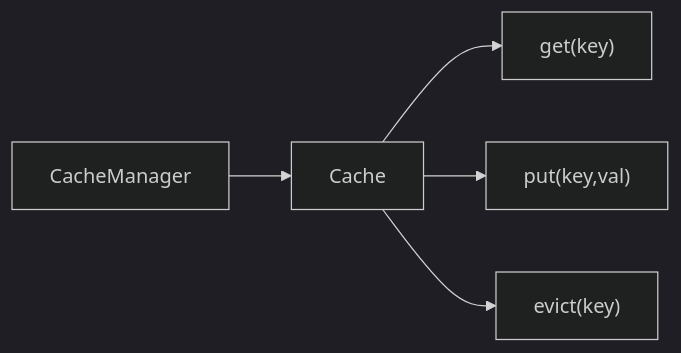
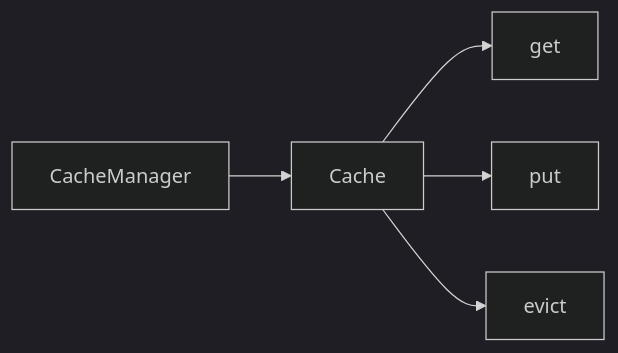
One commit to yjkim2015/yjkim2015.github.io changed the second of 5 diagrams in _posts/localcache/2026-05-01-local-cache-comparison.md. Above: the diagram before and after it, drawn with Mermaid (dark theme). The commit also changed other lines of this file and 245 other files, not shown here.

First line of the commit message:
Mermaid 다이어그램 전면 수정 + 면접 포인트 접기/펼치기 + DB 데드락 페이지

````diff
--- a/_posts/localcache/2026-05-01-local-cache-comparison.md
+++ b/_posts/localcache/2026-05-01-local-cache-comparison.md
@@ -57,7 +57,7 @@
 ```mermaid
 graph LR
     CM["CacheManager"] --> C["Cache"]
-    C --> CG["get(key)"]
-    C --> CP["put(key,val)"]
-    C --> CE["evict(key)"]
+    C --> CG["get"]
+    C --> CP["put"]
+    C --> CE["evict"]
 ```
````
